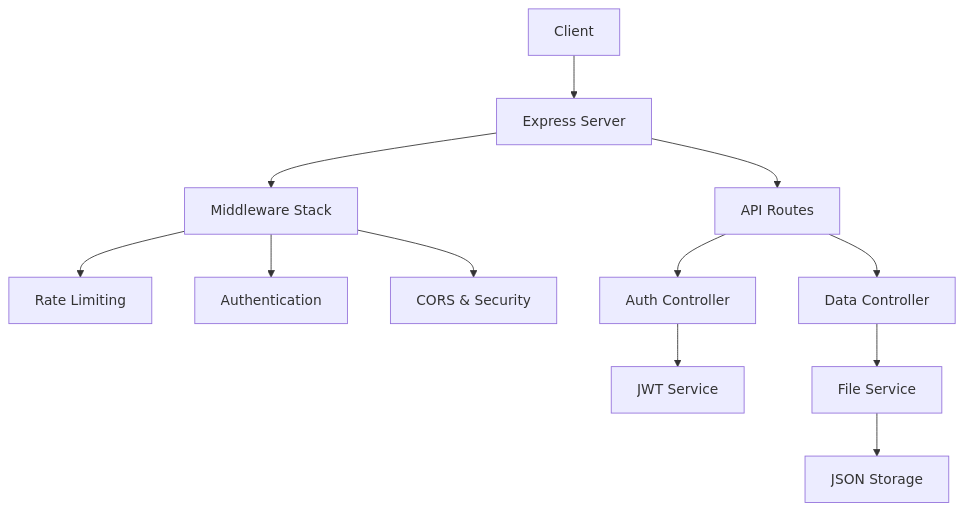
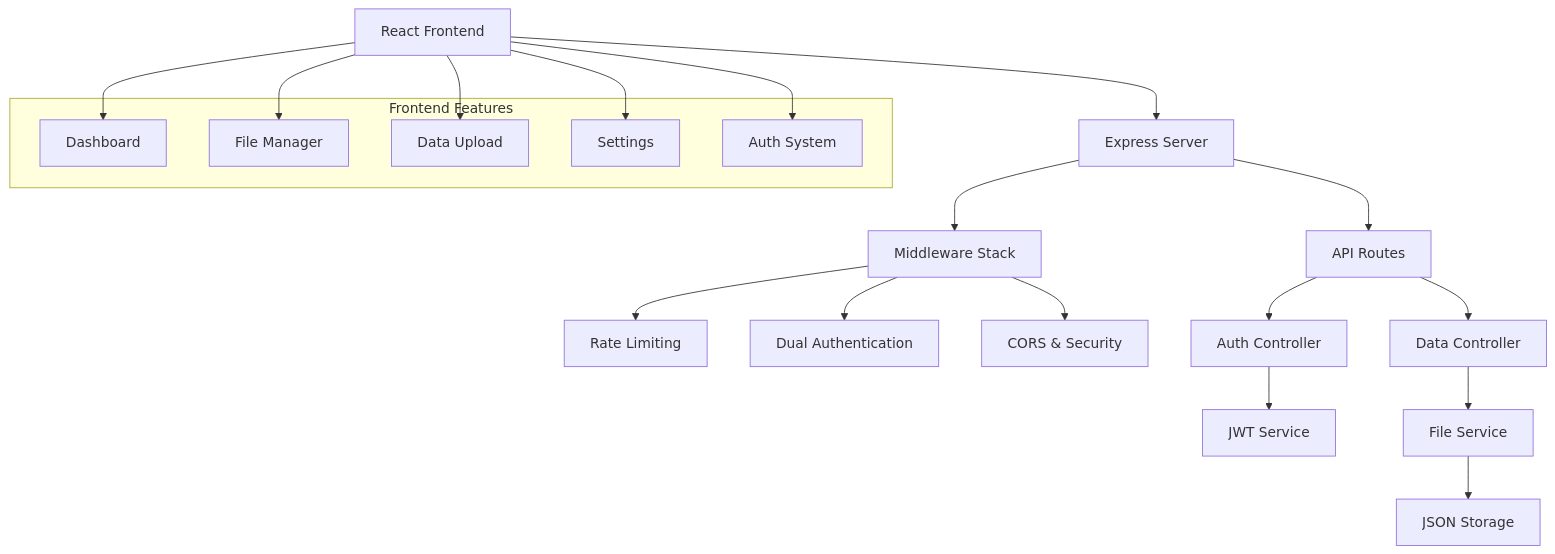
One commit to berry-13/vicsam-group changed the first of 2 diagrams in README.md. Above: the diagram before and after it, drawn with Mermaid. The commit also changed other lines of this file and 2 other files, not shown here.

````diff
--- a/README.md
+++ b/README.md
@@ -16,14 +29,28 @@
 ```mermaid
 graph TB
-    A[Client] --> B[Express Server]
+    A[React Frontend] --> B[Express Server]
     B --> C[Middleware Stack]
     C --> D[Rate Limiting]
-    C --> E[Authentication]
+    C --> E[Dual Authentication]
     C --> F[CORS & Security]
     B --> G[API Routes]
     G --> H[Auth Controller]
     G --> I[Data Controller]
     H --> J[JWT Service]
     I --> K[File Service]
     K --> L[JSON Storage]
+    
+    subgraph "Frontend Features"
+        M[Dashboard]
+        N[File Manager]
+        O[Data Upload]
+        P[Settings]
+        Q[Auth System]
+    end
+    
+    A --> M
+    A --> N
+    A --> O
+    A --> P
+    A --> Q
 ```
````
